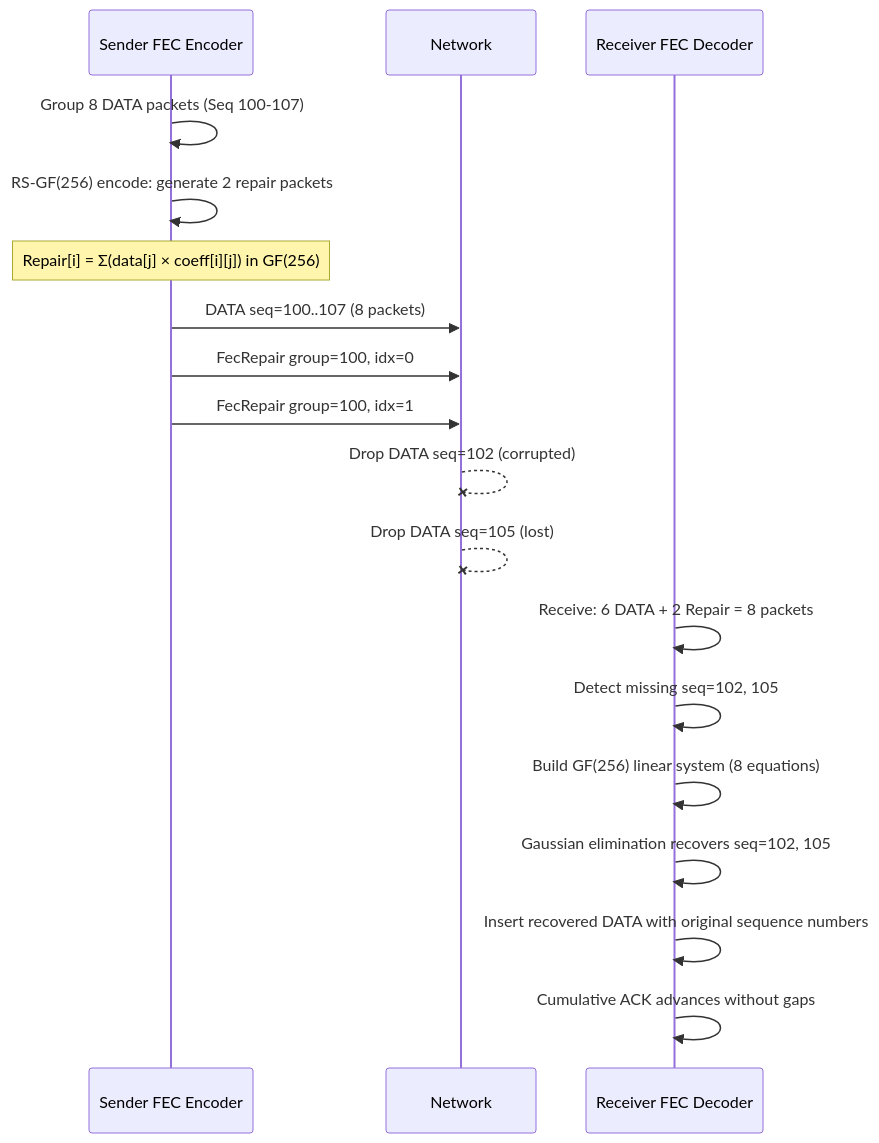
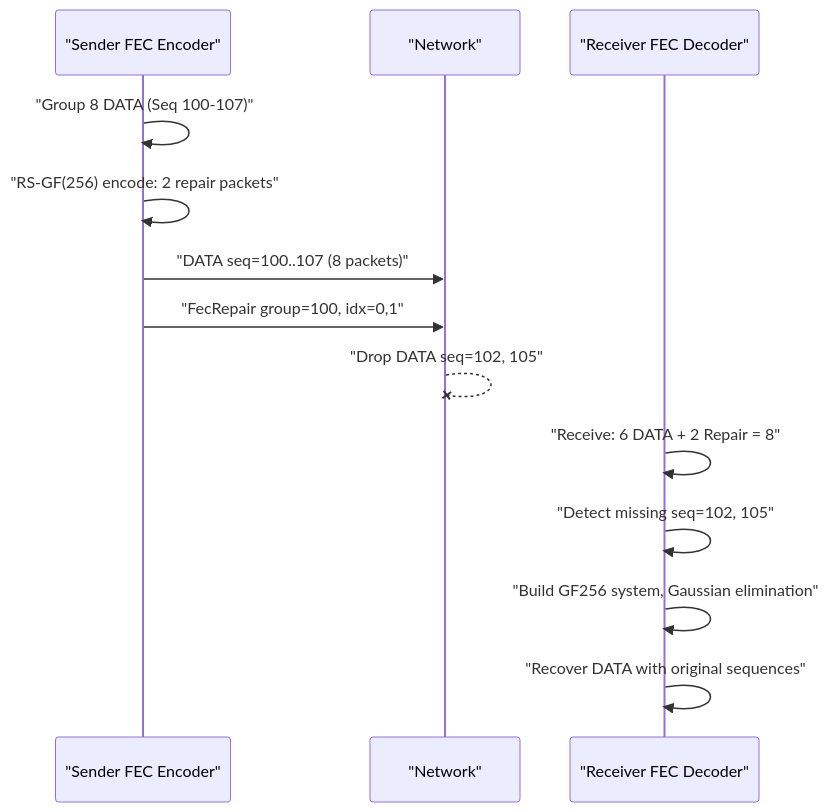
Before and after one commit to liulilittle/ucp: the seventh of 10 diagrams in README.md, drawn with Mermaid. The commit also changed other lines of this file and 43 other files, not shown here.

````diff
--- a/README.md
+++ b/README.md
@@ -491,23 +336,18 @@
 ```mermaid
 sequenceDiagram
-    participant S as Sender FEC Encoder
-    participant Net as Network
-    participant R as Receiver FEC Decoder
-
-    S->>S: Group 8 DATA packets (Seq 100-107)
-    S->>S: RS-GF(256) encode: generate 2 repair packets
-    Note over S: Repair[i] = Σ(data[j] × coeff[i][j]) in GF(256)
-    S->>Net: DATA seq=100..107 (8 packets)
-    S->>Net: FecRepair group=100, idx=0
-    S->>Net: FecRepair group=100, idx=1
-
-    Net--xNet: Drop DATA seq=102 (corrupted)
-    Net--xNet: Drop DATA seq=105 (lost)
-
-    R->>R: Receive: 6 DATA + 2 Repair = 8 packets
-    R->>R: Detect missing seq=102, 105
-    R->>R: Build GF(256) linear system (8 equations)
-    R->>R: Gaussian elimination recovers seq=102, 105
-    R->>R: Insert recovered DATA with original sequence numbers
-    R->>R: Cumulative ACK advances without gaps
+    participant S as "Sender FEC Encoder"
+    participant Net as "Network"
+    participant R as "Receiver FEC Decoder"
+    
+    S->>S: "Group 8 DATA (Seq 100-107)"
+    S->>S: "RS-GF(256) encode: 2 repair packets"
+    S->>Net: "DATA seq=100..107 (8 packets)"
+    S->>Net: "FecRepair group=100, idx=0,1"
+    
+    Net--xNet: "Drop DATA seq=102, 105"
+    
+    R->>R: "Receive: 6 DATA + 2 Repair = 8"
+    R->>R: "Detect missing seq=102, 105"
+    R->>R: "Build GF256 system, Gaussian elimination"
+    R->>R: "Recover DATA with original sequences"
 ```
````
